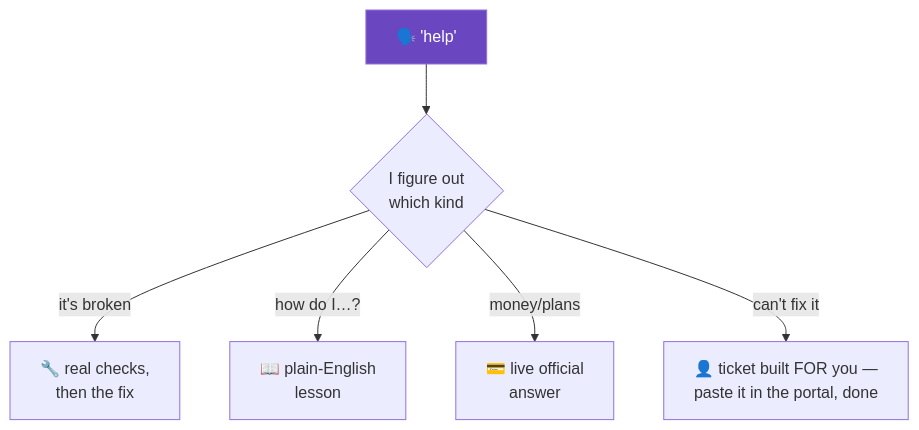
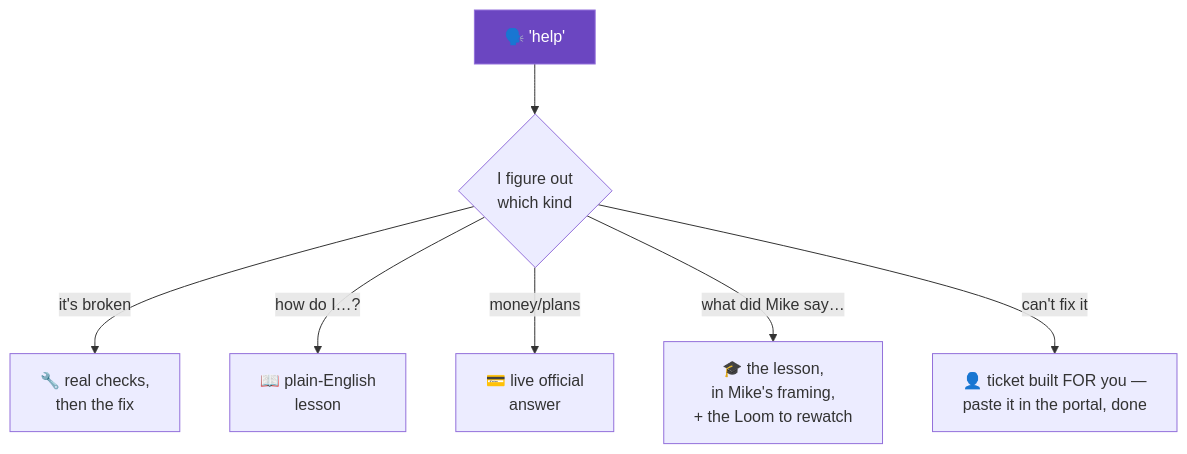
The fifth of 6 diagrams in plugins/maa-claude-support/shared/visual-aids.md (teamsherrard/claude-agent-attraction-os), drawn with Mermaid before and after one commit. The commit also changed other lines of this file and 188 other files, not shown here.

````diff
--- a/plugins/maa-claude-support/shared/visual-aids.md
+++ b/plugins/maa-claude-support/shared/visual-aids.md
@@ -78,9 +78,10 @@
 ```mermaid
 flowchart TB
     H["🗣️ 'help'"] --> NAV{"I figure out<br/>which kind"}
     NAV -->|"it's broken"| FIX["🔧 real checks,<br/>then the fix"]
     NAV -->|"how do I…?"| TEACH["📖 plain-English<br/>lesson"]
     NAV -->|"money/plans"| ACC["💳 live official<br/>answer"]
+    NAV -->|"what did Mike say…"| MIKE["🎓 the lesson,<br/>in Mike's framing,<br/>+ the Loom to rewatch"]
     NAV -->|"can't fix it"| ESC["👤 ticket built FOR you —<br/>paste it in the portal, done"]
     style H fill:#6b46c1,color:#fff
 ```
````
